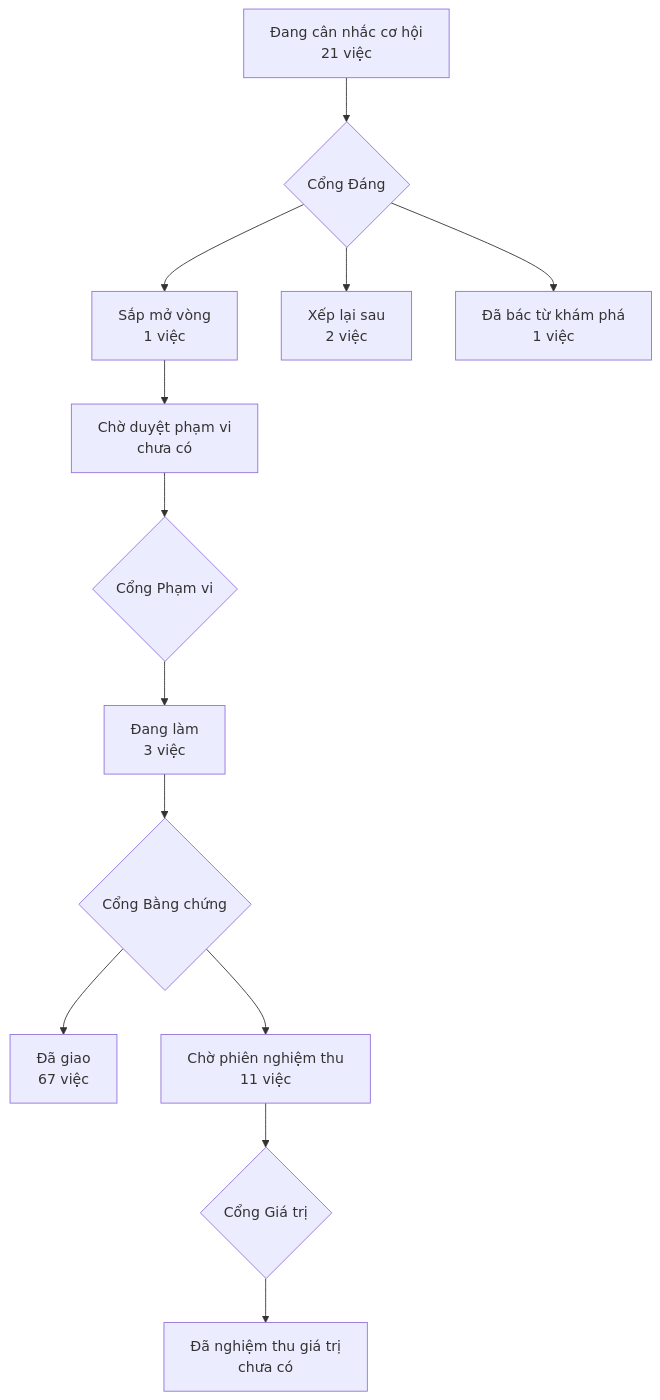
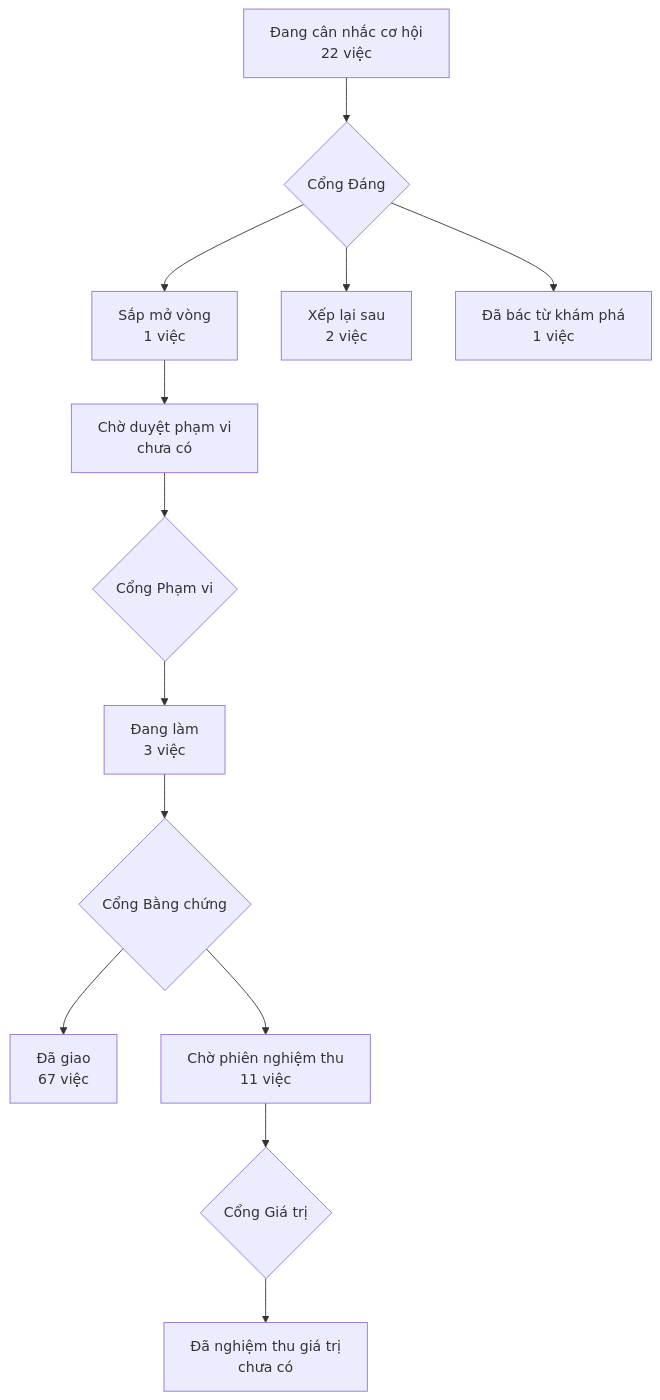
The diagram in PRODUCT-MAP.md (phanlemanh/acceptance-gate-kit), drawn with Mermaid before and after one commit. The commit also changed other lines of this file and 1 other file, not shown here.

Commit message:
opportunity(frontmatter-thang-mot-ky-hieu): ô discovery từ Ngoài-1 của mốc 2.9.0 — bộ đọc frontmatter cắt « #» làm ghi chú
Người ký chốt «mở hợp đồng mới» cho Ngoài-1 của release-2-9-0 (07/09): lớp
«bên viết và bên đọc trôi khỏi nhau» thành một ô cơ hội chờ Cổng Đáng, không mở
vòng giữa mốc (luật chiều rộng (b)). Ngưỡng: không đo được — vòng nội bộ, chiều
đỏ tự chứng. Bản đồ vẽ lại cùng lượt (Đang cân nhắc 21 → 22).

````diff
--- a/PRODUCT-MAP.md
+++ b/PRODUCT-MAP.md
@@ -6,12 +6,12 @@
 ```mermaid
 flowchart TD
-  A["Đang cân nhắc cơ hội<br/>21 việc"] --> GD{"Cổng Đáng"}
+  A["Đang cân nhắc cơ hội<br/>22 việc"] --> GD{"Cổng Đáng"}
   GD --> B["Sắp mở vòng<br/>1 việc"]
   GD --> XL["Xếp lại sau<br/>2 việc"]
   GD --> DB["Đã bác từ khám phá<br/>1 việc"]
   B --> CD["Chờ duyệt phạm vi<br/>chưa có"] --> GP{"Cổng Phạm vi"}
   GP --> DL["Đang làm<br/>3 việc"] --> GB{"Cổng Bằng chứng"}
   GB --> DG["Đã giao<br/>67 việc"]
   GB --> CN["Chờ phiên nghiệm thu<br/>11 việc"] --> GG{"Cổng Giá trị"}
   GG --> NT["Đã nghiệm thu giá trị<br/>chưa có"]
 ```
````
